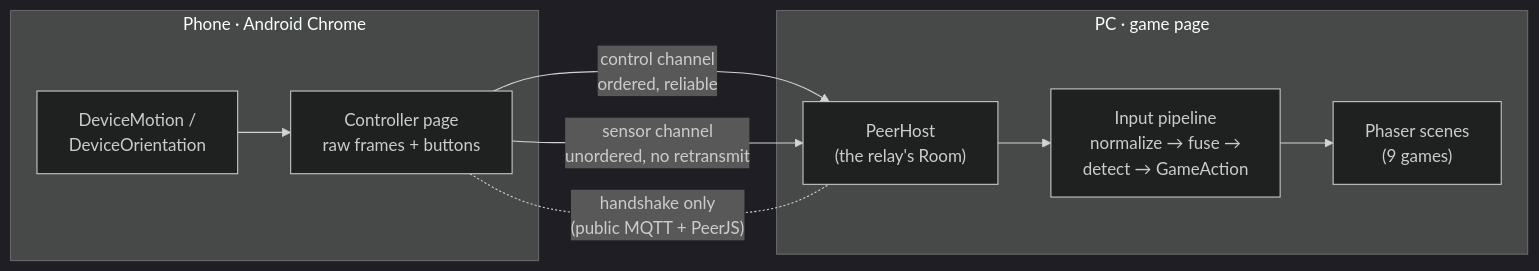
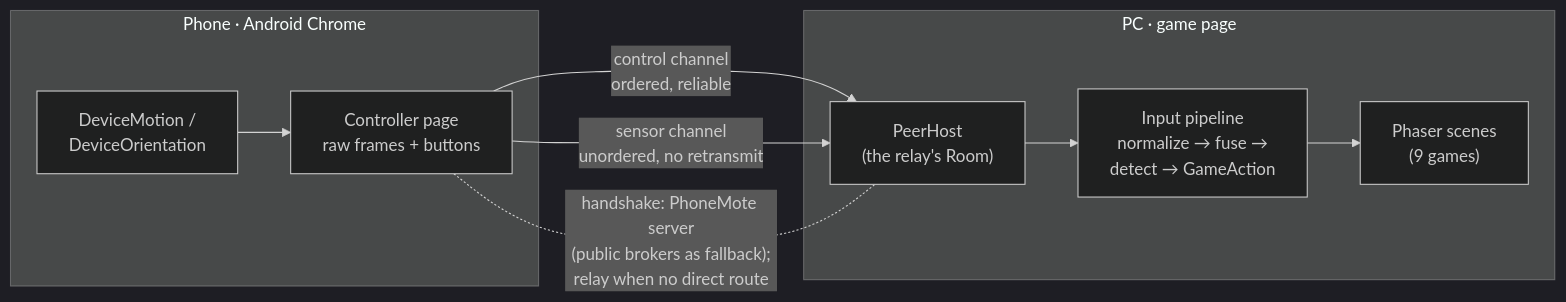
One commit to choijunhuk/phonemote changed the diagram in README.md. Above: the diagram before and after it, drawn with Mermaid (dark theme). The commit also changed other lines of this file and 1 other file, not shown here.

Commit message:
docs: the PhoneMote server, its relay, and what is left of the TURN limitation (D63)

````diff
--- a/README.md
+++ b/README.md
@@ -23,13 +23,13 @@
 ```mermaid
 flowchart LR
   subgraph Phone["Phone · Android Chrome"]
     S["DeviceMotion /<br/>DeviceOrientation"] --> C["Controller page<br/>raw frames + buttons"]
   end
   subgraph PC["PC · game page"]
     H["PeerHost<br/>(the relay's Room)"] --> P["Input pipeline<br/>normalize → fuse →<br/>detect → GameAction"]
     P --> G["Phaser scenes<br/>(9 games)"]
   end
   C -- "control channel<br/>ordered, reliable" --> H
   C -- "sensor channel<br/>unordered, no retransmit" --> H
-  C -. "handshake only<br/>(public MQTT + PeerJS)" .- H
+  C -. "handshake: PhoneMote server<br/>(public brokers as fallback);<br/>relay when no direct route" .- H
 ```
````
